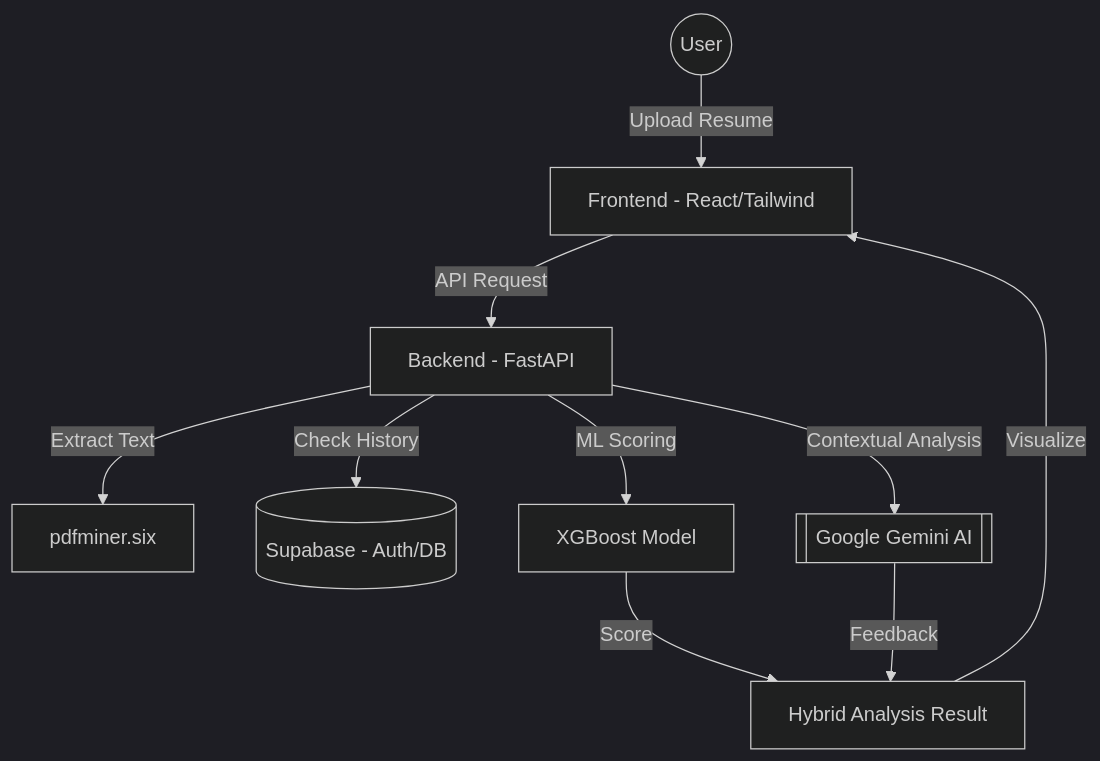
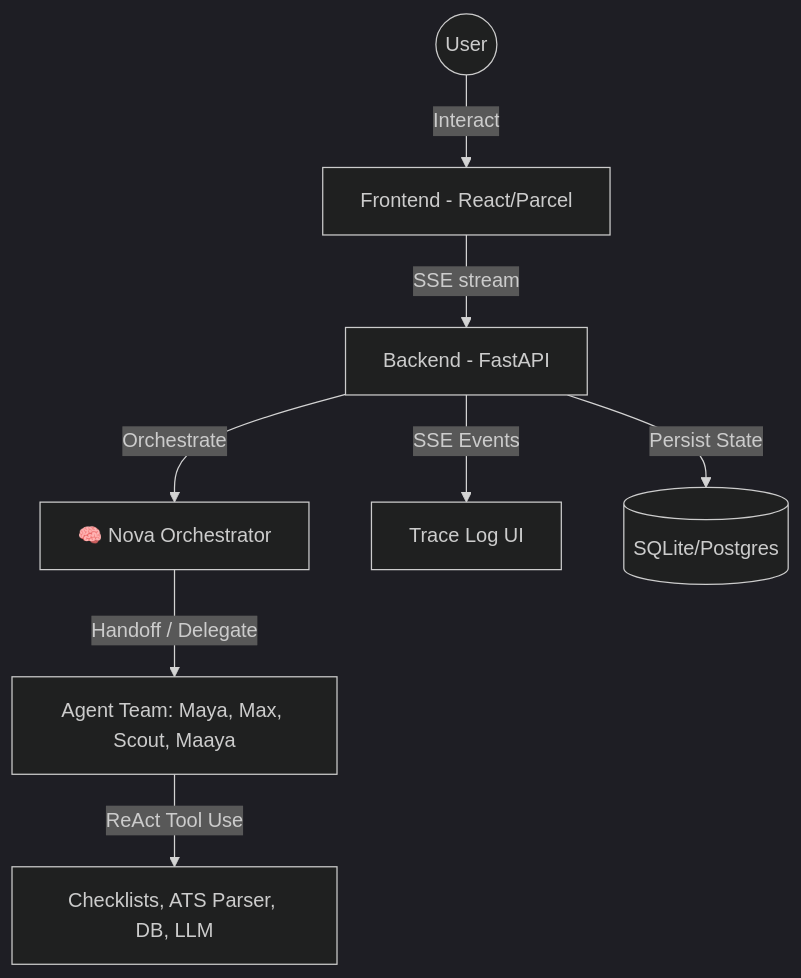
One commit to Abhiii47/Resume changed the diagram in README.md. Above: the diagram before and after it, drawn with Mermaid (dark theme). The commit also changed other lines of this file, not shown here.

````diff
--- a/README.md
+++ b/README.md
@@ -19,12 +29,10 @@
 ```mermaid
 graph TD
-    User((User)) -->|Upload Resume| React[Frontend - React/Tailwind]
-    React -->|API Request| FastAPI[Backend - FastAPI]
-    FastAPI -->|Extract Text| PDF[pdfminer.six]
-    FastAPI -->|Check History| Supabase[(Supabase - Auth/DB)]
-    FastAPI -->|ML Scoring| XGB[XGBoost Model]
-    FastAPI -->|Contextual Analysis| Gemini[[Google Gemini AI]]
-    XGB -->|Score| Result[Hybrid Analysis Result]
-    Gemini -->|Feedback| Result
-    Result -->|Visualize| React
+    User((User)) -->|Interact| UI[Frontend - React/Parcel]
+    UI -->|SSE stream| FastAPI[Backend - FastAPI]
+    FastAPI -->|Orchestrate| Nova[🧠 Nova Orchestrator]
+    Nova -->|Handoff / Delegate| Specialists[Agent Team: Maya, Max, Scout, Maaya]
+    Specialists -->|ReAct Tool Use| Tools[Checklists, ATS Parser, DB, LLM]
+    FastAPI -->|SSE Events| TraceViewer[Trace Log UI]
+    FastAPI -->|Persist State| DB[(SQLite/Postgres)]
 ```
````
